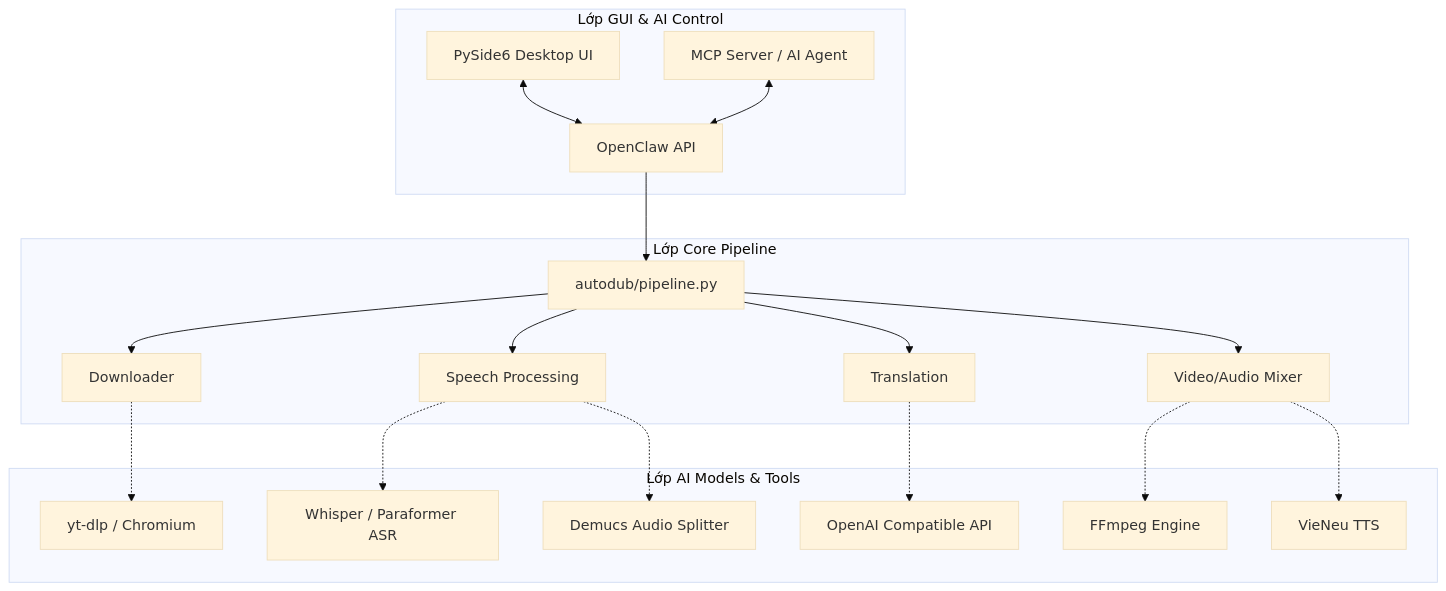
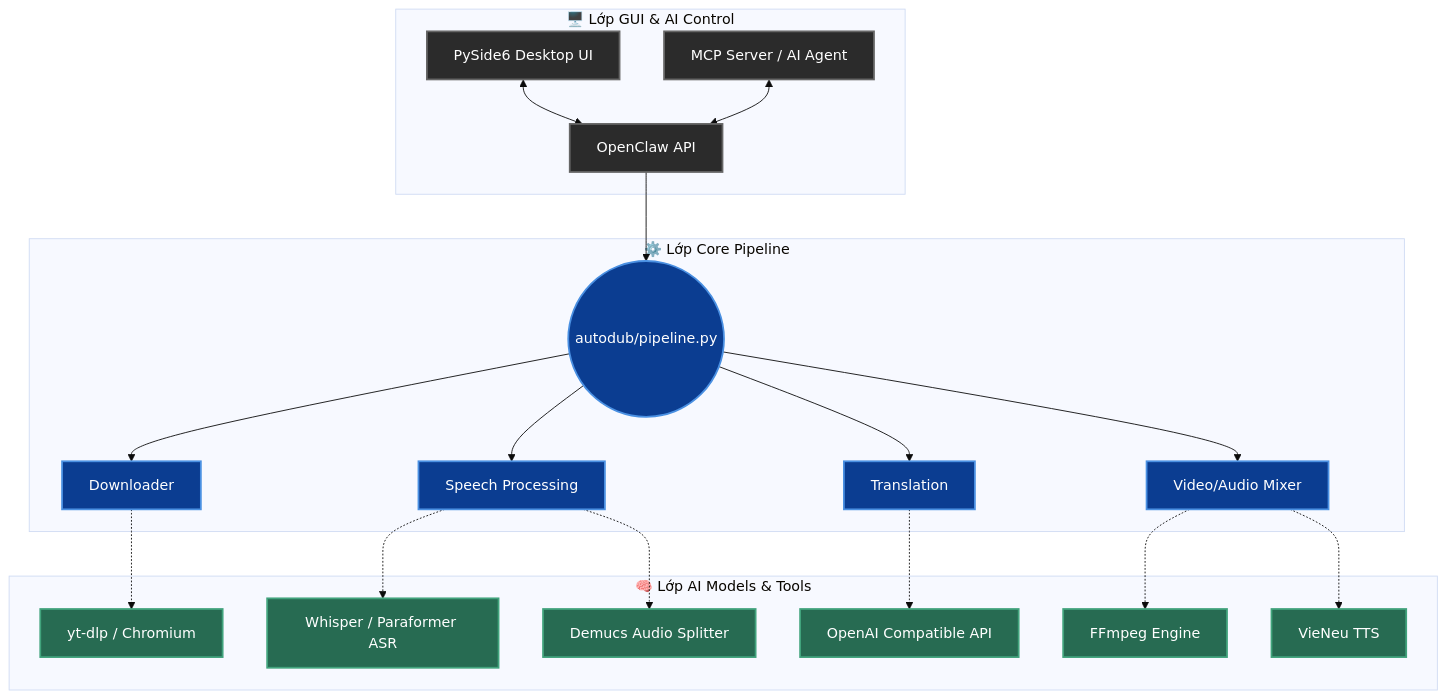
Before and after one commit to thaikhang113/dubflow: the diagram in README.md, drawn with Mermaid (base theme). The commit also changed other lines of this file and 20 other files, not shown here.

````diff
--- a/README.md
+++ b/README.md
@@ -32,28 +50,33 @@
 ```mermaid
 graph TD
-    subgraph Lớp GUI & AI Control
-        UI[PySide6 Desktop UI]
-        MCP[MCP Server / AI Agent]
-        API[OpenClaw API]
+    %% Định nghĩa Style
+    classDef ui fill:#2b2b2b,stroke:#666,stroke-width:2px,color:#fff
+    classDef core fill:#0b3d91,stroke:#4a90e2,stroke-width:2px,color:#fff
+    classDef ai fill:#276b52,stroke:#41a37c,stroke-width:2px,color:#fff
+
+    subgraph Lớp_GUI_và_Điều_khiển ["🖥️ Lớp GUI & AI Control"]
+        UI[PySide6 Desktop UI]:::ui
+        MCP[MCP Server / AI Agent]:::ui
+        API[OpenClaw API]:::ui
         UI <--> API
         MCP <--> API
     end
 
-    subgraph Lớp Core Pipeline
-        PIPE[autodub/pipeline.py]
+    subgraph Lớp_Core_Pipeline ["⚙️ Lớp Core Pipeline"]
+        PIPE((autodub/pipeline.py)):::core
         API --> PIPE
-        PIPE --> DL[Downloader]
-        PIPE --> SP[Speech Processing]
-        PIPE --> TR[Translation]
-        PIPE --> MIX[Video/Audio Mixer]
+        PIPE --> DL[Downloader]:::core
+        PIPE --> SP[Speech Processing]:::core
+        PIPE --> TR[Translation]:::core
+        PIPE --> MIX[Video/Audio Mixer]:::core
     end
 
-    subgraph Lớp AI Models & Tools
-        DL -.-> YTDLP[yt-dlp / Chromium]
-        SP -.-> WHISP[Whisper / Paraformer ASR]
-        SP -.-> DEMUCS[Demucs Audio Splitter]
-        TR -.-> OAI[OpenAI Compatible API]
-        MIX -.-> FFMPEG[FFmpeg Engine]
-        MIX -.-> VIENEU[VieNeu TTS]
+    subgraph Lớp_AI_Models_Tools ["🧠 Lớp AI Models & Tools"]
+        DL -.-> YTDLP[yt-dlp / Chromium]:::ai
+        SP -.-> WHISP[Whisper / Paraformer ASR]:::ai
+        SP -.-> DEMUCS[Demucs Audio Splitter]:::ai
+        TR -.-> OAI[OpenAI Compatible API]:::ai
+        MIX -.-> FFMPEG[FFmpeg Engine]:::ai
+        MIX -.-> VIENEU[VieNeu TTS]:::ai
     end
 ```
````
